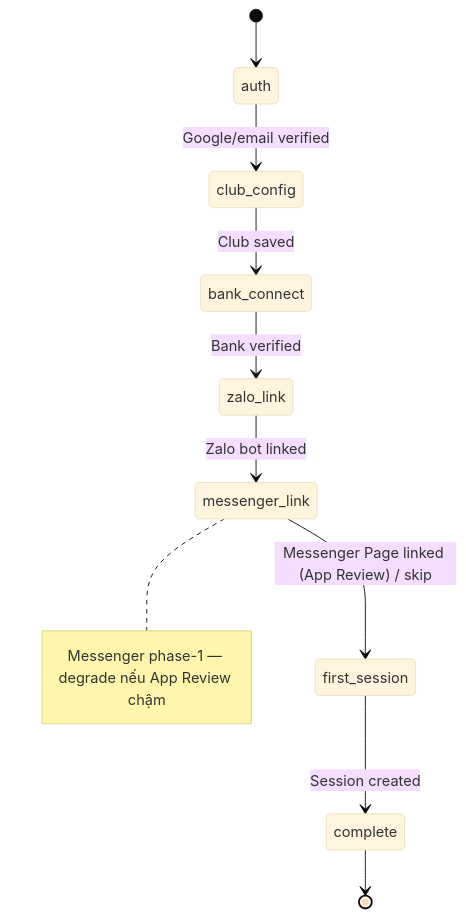
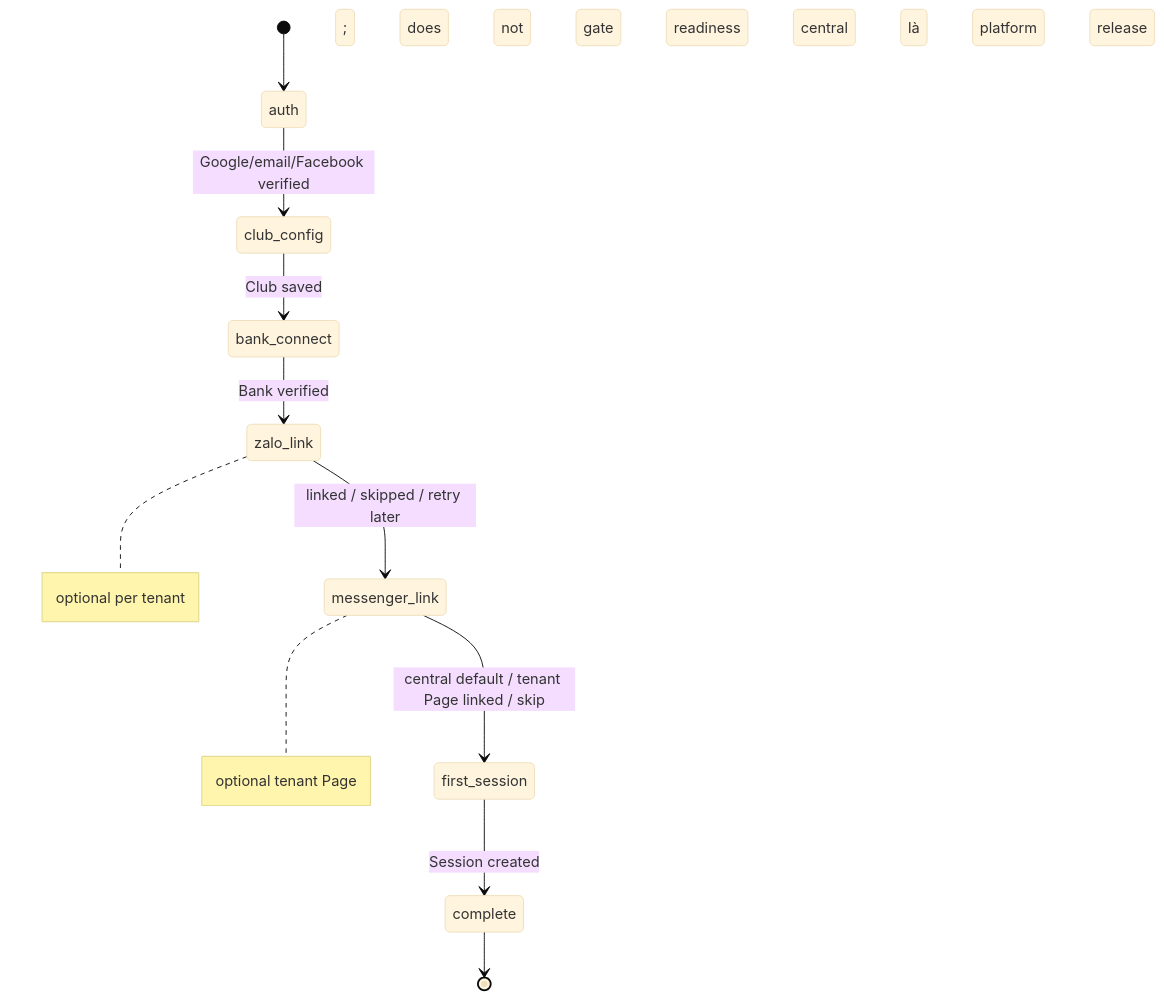
One commit to maingocanh1702/plexco-app changed the diagram in docs/features/feature_web_auth_onboarding.md. Above: the diagram before and after it, drawn with Mermaid (base theme). The commit also changed other lines of this file and 103 other files, not shown here.

````diff
--- a/docs/features/feature_web_auth_onboarding.md
+++ b/docs/features/feature_web_auth_onboarding.md
@@ -115,12 +119,13 @@
 ```mermaid
 stateDiagram-v2
     [*] --> auth
-    auth --> club_config: Google/email verified
+    auth --> club_config: Google/email/Facebook verified
     club_config --> bank_connect: Club saved
     bank_connect --> zalo_link: Bank verified
-    zalo_link --> messenger_link: Zalo bot linked
-    messenger_link --> first_session: Messenger Page linked (App Review) / skip
+    zalo_link --> messenger_link: linked / skipped / retry later
+    messenger_link --> first_session: central default / tenant Page linked / skip
     first_session --> complete: Session created
     complete --> [*]
-    note right of messenger_link: Messenger phase-1 — degrade nếu App Review chậm
+    note right of zalo_link: optional per tenant; does not gate readiness
+    note right of messenger_link: optional tenant Page; central readiness là platform release gate
 ```
````
